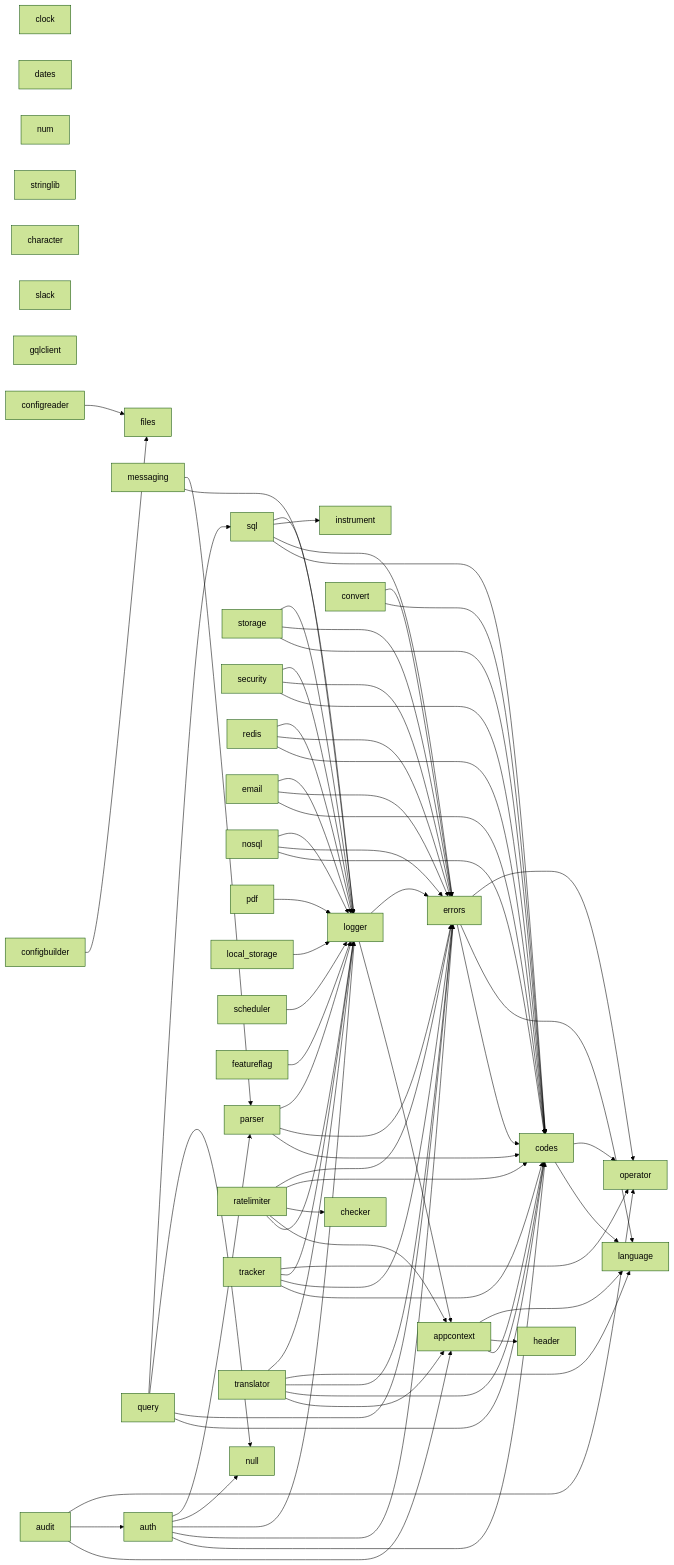
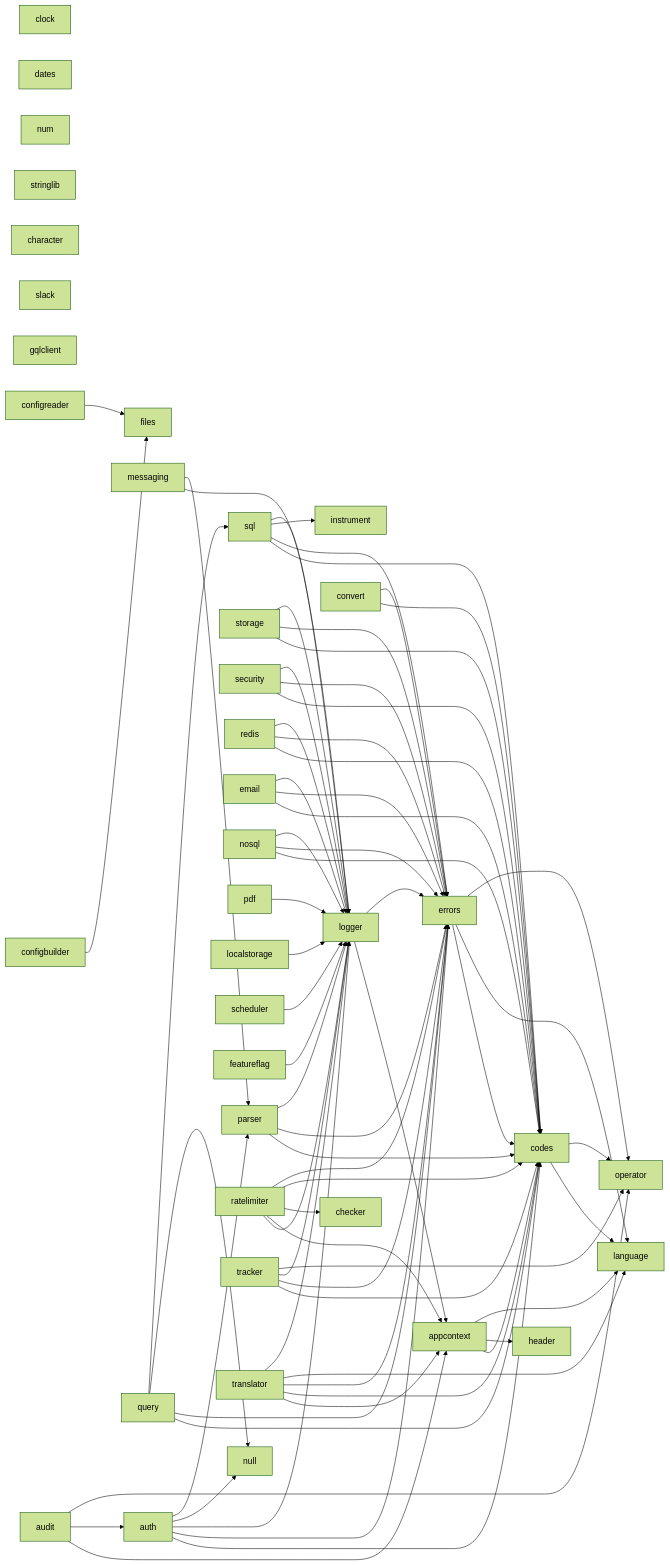
The diagram in docs/DEPENDENCY_GRAPH.md (downsized-devs/sdk-go), drawn with Mermaid (forest theme) before and after one commit. The commit also changed other lines of this file and 122 other files, not shown here.

```diff
--- a/docs/DEPENDENCY_GRAPH.md
+++ b/docs/DEPENDENCY_GRAPH.md
@@ -69,7 +69,7 @@
     nosql --> logger
 
     pdf[pdf] --> logger
-    local_storage[local_storage] --> logger
+    localstorage[localstorage] --> logger
     scheduler[scheduler] --> logger
     featureflag[featureflag] --> logger
 
```
